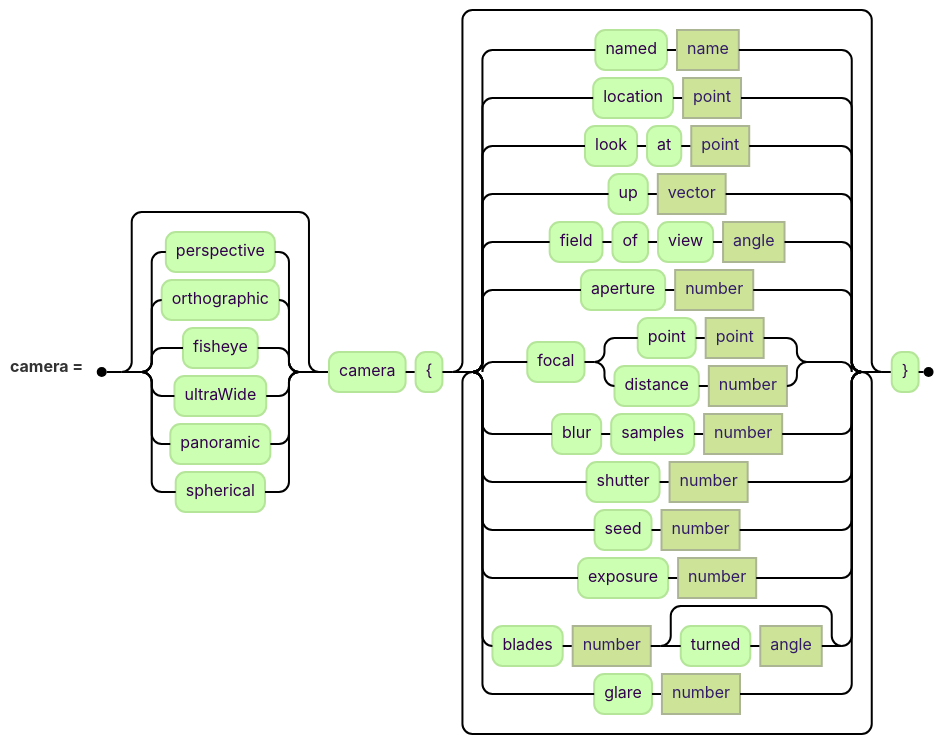
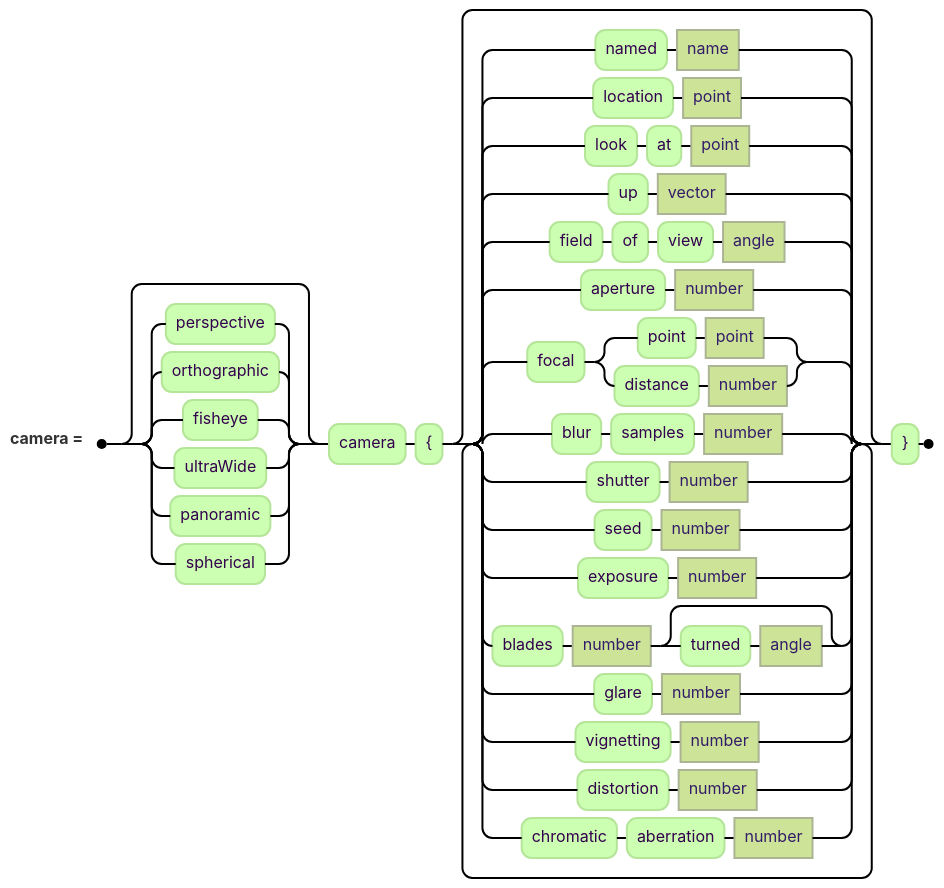
The diagram in docs/diagrams/cameras/cameraClause.mmd (jskress/RayTracer), drawn with Mermaid (forest theme) before and after one commit. The commit also changed 18 other files, not shown here.

First line of the commit message:
A lens's character: vignetting, distortion and chromatic aberration

```diff
--- a/docs/diagrams/cameras/cameraClause.mmd
+++ b/docs/diagrams/cameras/cameraClause.mmd
@@ -1,9 +1,10 @@
 railroad-ebnf-beta
 title "Camera"
 
 camera = [ "perspective" | "orthographic" | "fisheye" | "ultraWide" | "panoramic" | "spherical" ]
          "camera" "{" { "named" name | "location" point | "look" "at" point | "up" vector
        | "field" "of" "view" angle | "aperture" number
        | "focal" ( "point" point | "distance" number )
        | "blur" "samples" number | "shutter" number | "seed" number
-       | "exposure" number | "blades" number [ "turned" angle ] | "glare" number } "}" ;
+       | "exposure" number | "blades" number [ "turned" angle ] | "glare" number
+       | "vignetting" number | "distortion" number | "chromatic" "aberration" number } "}" ;
```
